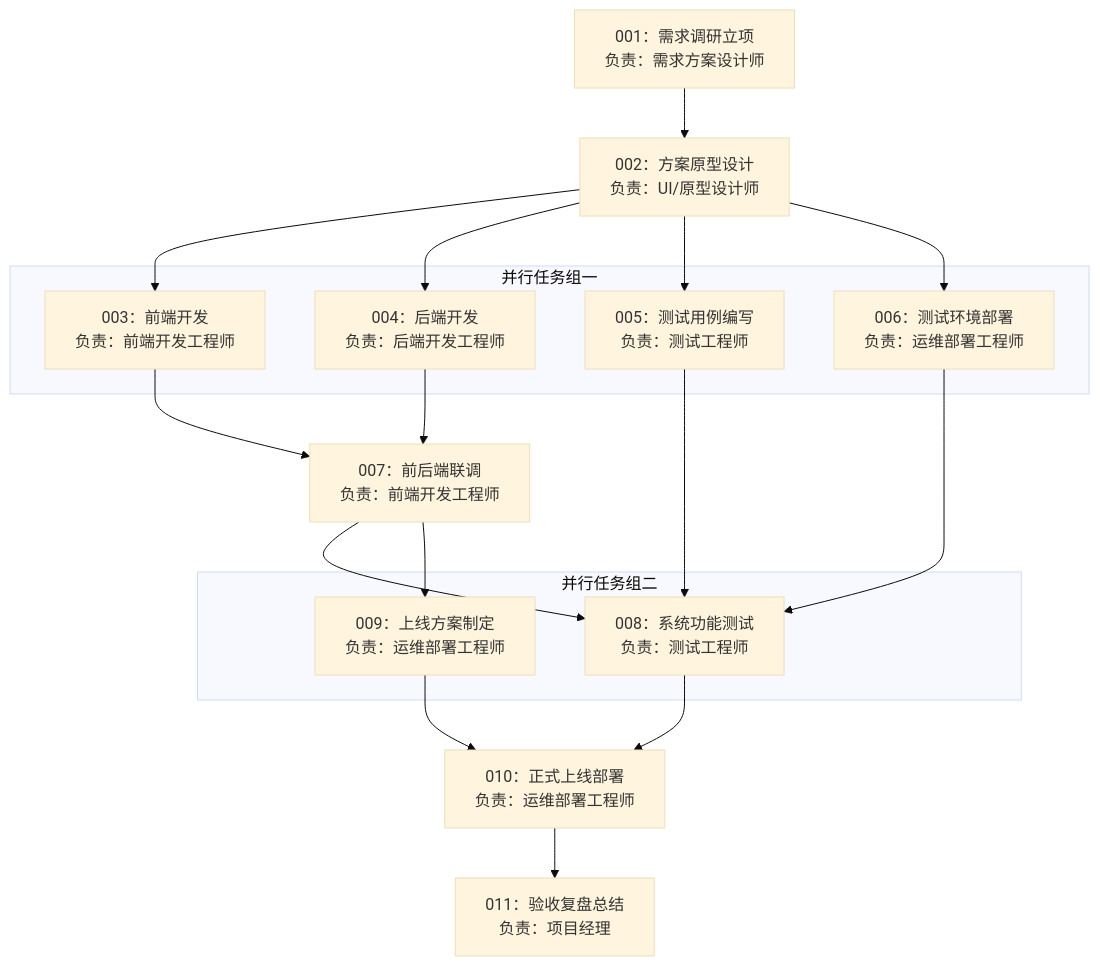
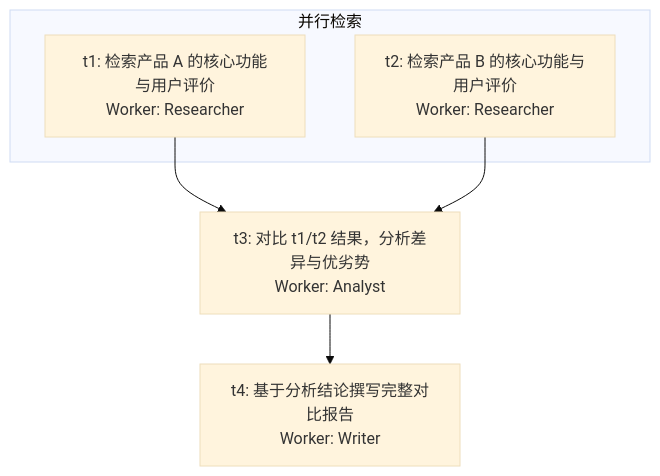
The diagram in README.md (hunterhahaha/multi-agents), drawn with Mermaid (base theme) before and after one commit. The commit also changed other lines of this file, not shown here.

Commit message:
docs: 更新 README，明确项目定位为研究报告生成框架，补充 Worker 规划与工具清单

````diff
--- a/README.md
+++ b/README.md
@@ -121,25 +143,12 @@
 ```mermaid
 graph TD
-    A[001：需求调研立项<br/>负责：需求方案设计师] --> B[002：方案原型设计<br/>负责：UI/原型设计师]
-    B --> C[003：前端开发<br/>负责：前端开发工程师]
-    B --> D[004：后端开发<br/>负责：后端开发工程师]
-    B --> E[005：测试用例编写<br/>负责：测试工程师]
-    B --> G[006：测试环境部署<br/>负责：运维部署工程师]
-    C & D --> F[007：前后端联调<br/>负责：前端开发工程师]
-    F & E & G --> H[008：系统功能测试<br/>负责：测试工程师]
-    F --> I[009：上线方案制定<br/>负责：运维部署工程师]
-    H & I --> J[010：正式上线部署<br/>负责：运维部署工程师]
-    J --> K[011：验收复盘总结<br/>负责：项目经理]
+    A[t1: 检索产品 A 的核心功能与用户评价<br/>Worker: Researcher] --> C
+    B[t2: 检索产品 B 的核心功能与用户评价<br/>Worker: Researcher] --> C
+    C[t3: 对比 t1/t2 结果，分析差异与优劣势<br/>Worker: Analyst] --> D
+    D[t4: 基于分析结论撰写完整对比报告<br/>Worker: Writer]
 
-    subgraph 并行任务组一
-    C
-    D
-    E
-    G
-    end
-
-    subgraph 并行任务组二
-    H
-    I
+    subgraph 并行检索
+    A
+    B
     end
 ```
````
